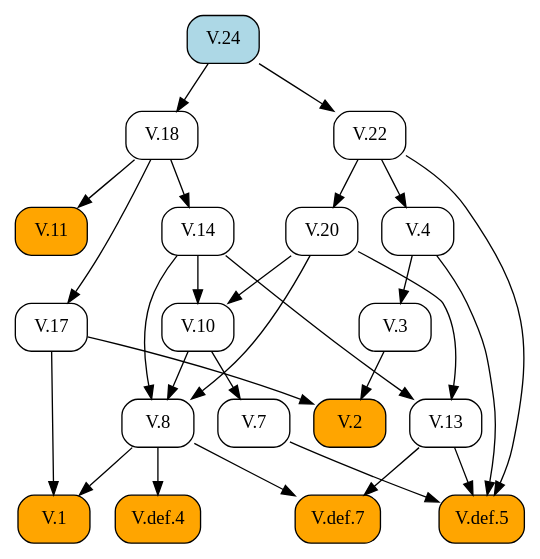
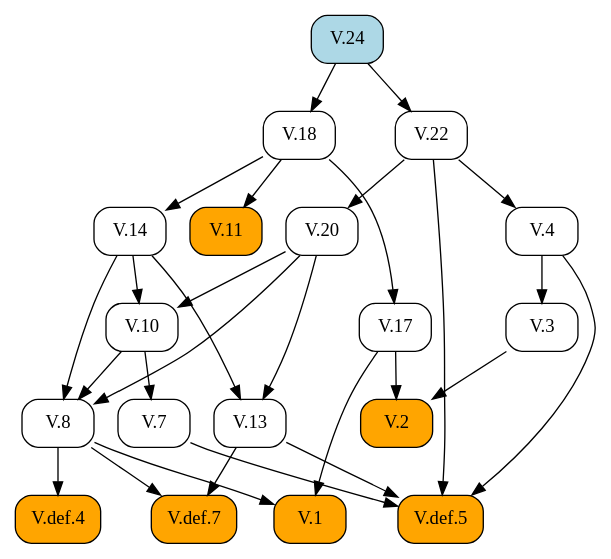
The diagram in docsrc/elements2/V/24/index.rst (geometor/elements), drawn with Graphviz before and after one commit. The commit also changed other lines of this file and 171 other files, not shown here.

```diff
--- a/docsrc/elements2/V/24/index.rst
+++ b/docsrc/elements2/V/24/index.rst
@@ -46,51 +46,51 @@
 .. graphviz::
 
    digraph {
      rankdir="TB";
      node [shape=box, style=rounded];
-     "V.1" [style="rounded,filled", fillcolor=orange, URL="/elements2/V/1/", target="_top"];
-     "V.7" [URL="/elements2/V/7/", target="_top"];
+     "V.20" [URL="/elements2/V/20/", target="_top"];
+     "V.14" [URL="/elements2/V/14/", target="_top"];
      "V.3" [URL="/elements2/V/3/", target="_top"];
+     "V.10" [URL="/elements2/V/10/", target="_top"];
      "V.18" [URL="/elements2/V/18/", target="_top"];
      "V.def.5" [style="rounded,filled", fillcolor=orange, URL="/elements2/V/def.5/", target="_top"];
+     "V.def.4" [style="rounded,filled", fillcolor=orange, URL="/elements2/V/def.4/", target="_top"];
+     "V.2" [style="rounded,filled", fillcolor=orange, URL="/elements2/V/2/", target="_top"];
+     "V.7" [URL="/elements2/V/7/", target="_top"];
+     "V.1" [style="rounded,filled", fillcolor=orange, URL="/elements2/V/1/", target="_top"];
+     "V.13" [URL="/elements2/V/13/", target="_top"];
+     "V.11" [style="rounded,filled", fillcolor=orange, URL="/elements2/V/11/", target="_top"];
+     "V.22" [URL="/elements2/V/22/", target="_top"];
+     "V.24" [style="rounded,filled", fillcolor=lightblue, URL="/elements2/V/24/", target="_top"];
+     "V.8" [URL="/elements2/V/8/", target="_top"];
+     "V.def.7" [style="rounded,filled", fillcolor=orange, URL="/elements2/V/def.7/", target="_top"];
      "V.4" [URL="/elements2/V/4/", target="_top"];
-     "V.def.7" [style="rounded,filled", fillcolor=orange, URL="/elements2/V/def.7/", target="_top"];
-     "V.22" [URL="/elements2/V/22/", target="_top"];
-     "V.def.4" [style="rounded,filled", fillcolor=orange, URL="/elements2/V/def.4/", target="_top"];
-     "V.11" [style="rounded,filled", fillcolor=orange, URL="/elements2/V/11/", target="_top"];
-     "V.10" [URL="/elements2/V/10/", target="_top"];
      "V.17" [URL="/elements2/V/17/", target="_top"];
-     "V.2" [style="rounded,filled", fillcolor=orange, URL="/elements2/V/2/", target="_top"];
-     "V.24" [style="rounded,filled", fillcolor=lightblue, URL="/elements2/V/24/", target="_top"];
-     "V.13" [URL="/elements2/V/13/", target="_top"];
-     "V.14" [URL="/elements2/V/14/", target="_top"];
-     "V.8" [URL="/elements2/V/8/", target="_top"];
-     "V.20" [URL="/elements2/V/20/", target="_top"];
-     "V.8" -> "V.1";
-     "V.17" -> "V.1";
-     "V.10" -> "V.7";
+     "V.22" -> "V.20";
+     "V.18" -> "V.14";
      "V.4" -> "V.3";
+     "V.14" -> "V.10";
+     "V.20" -> "V.10";
      "V.24" -> "V.18";
      "V.4" -> "V.def.5";
      "V.7" -> "V.def.5";
      "V.13" -> "V.def.5";
      "V.22" -> "V.def.5";
-     "V.22" -> "V.4";
-     "V.8" -> "V.def.7";
-     "V.13" -> "V.def.7";
-     "V.24" -> "V.22";
      "V.8" -> "V.def.4";
-     "V.18" -> "V.11";
-     "V.14" -> "V.10";
-     "V.20" -> "V.10";
-     "V.18" -> "V.17";
      "V.3" -> "V.2";
      "V.17" -> "V.2";
+     "V.10" -> "V.7";
+     "V.8" -> "V.1";
+     "V.17" -> "V.1";
      "V.14" -> "V.13";
      "V.20" -> "V.13";
-     "V.18" -> "V.14";
+     "V.18" -> "V.11";
+     "V.24" -> "V.22";
      "V.10" -> "V.8";
      "V.14" -> "V.8";
      "V.20" -> "V.8";
-     "V.22" -> "V.20";
+     "V.8" -> "V.def.7";
+     "V.13" -> "V.def.7";
+     "V.22" -> "V.4";
+     "V.18" -> "V.17";
    }
```
